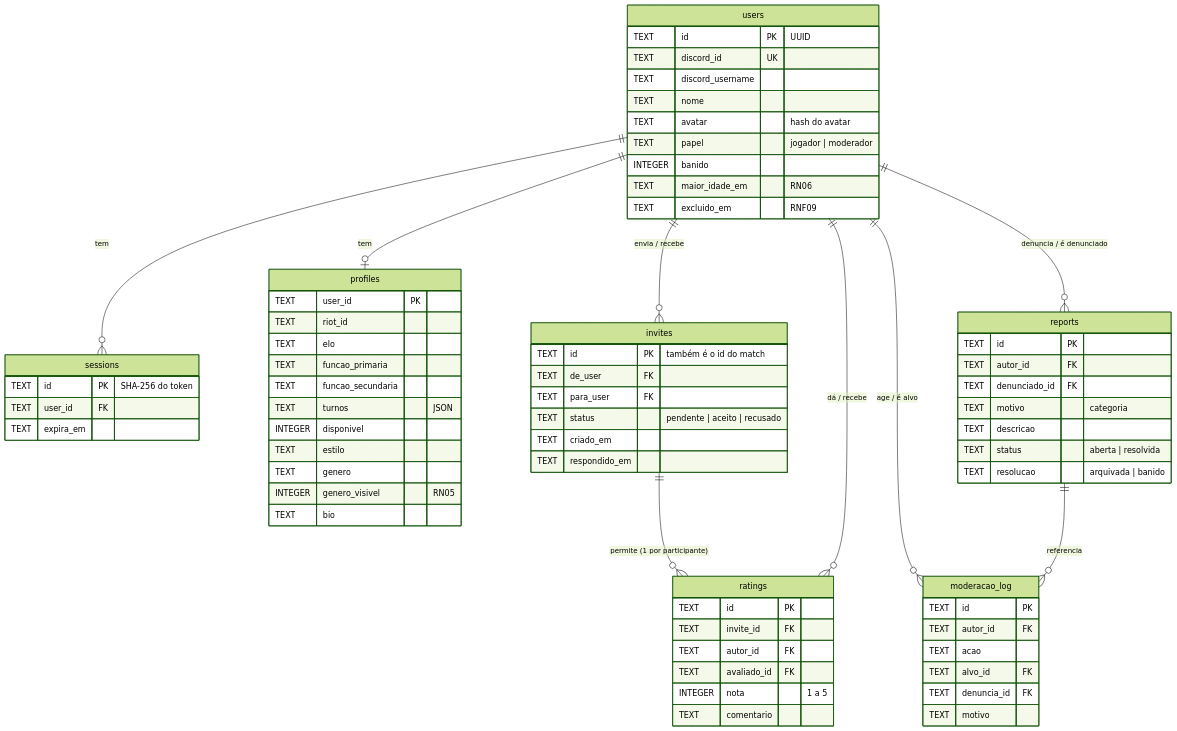
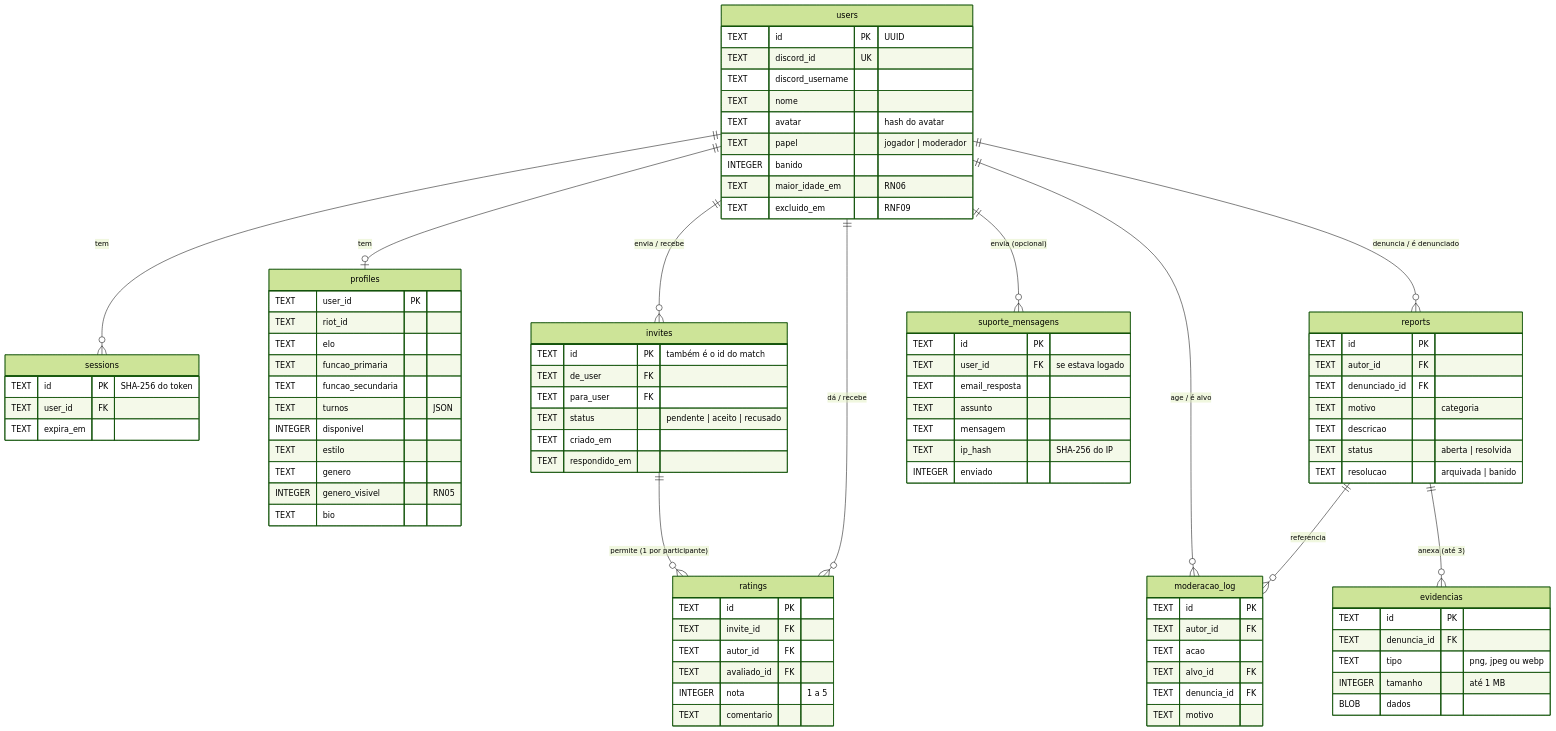
Before and after one commit to oliveiraleonardo918-ui/TeamUpDevWeb: the fourth of 4 diagrams in ARCHITECTURE.md, drawn with Mermaid (forest theme). The commit also changed other lines of this file and 3 other files, not shown here.

First line of the commit message:
docs: documentação atualizada e diagrama Mermaid corrigido (RNF10)

````diff
--- a/ARCHITECTURE.md
+++ b/ARCHITECTURE.md
@@ -152,6 +159,8 @@
     users ||--o{ reports : "denuncia / é denunciado"
     users ||--o{ moderacao_log : "age / é alvo"
     reports ||--o{ moderacao_log : "referencia"
+    reports ||--o{ evidencias : "anexa (até 3)"
+    users ||--o{ suporte_mensagens : "envia (opcional)"
 
     users {
         TEXT id PK "UUID"
@@ -215,4 +224,20 @@
         TEXT denuncia_id FK
         TEXT motivo
     }
+    evidencias {
+        TEXT id PK
+        TEXT denuncia_id FK
+        TEXT tipo "png, jpeg ou webp"
+        INTEGER tamanho "até 1 MB"
+        BLOB dados
+    }
+    suporte_mensagens {
+        TEXT id PK
+        TEXT user_id FK "se estava logado"
+        TEXT email_resposta
+        TEXT assunto
+        TEXT mensagem
+        TEXT ip_hash "SHA-256 do IP"
+        INTEGER enviado
+    }
 ```
````
